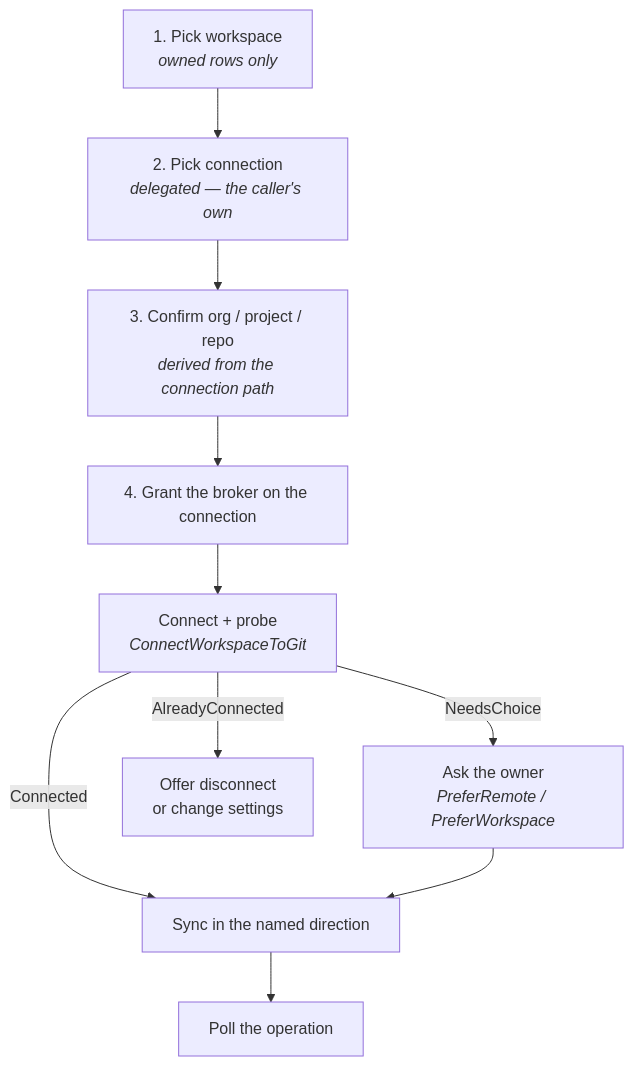
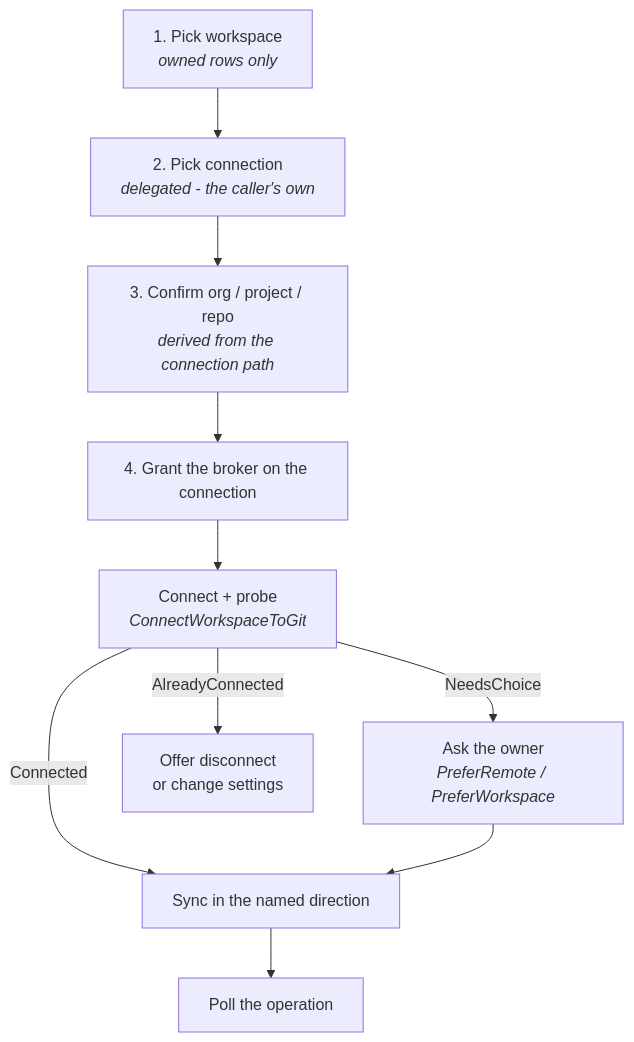
Before and after one commit to velniaszs/Fabric_Workspace_Settings: the fourth of 5 diagrams in workspace-settings/ARCHITECTURE.md, drawn with Mermaid. The commit also changed other lines of this file and 1 other file, not shown here.

````diff
--- a/workspace-settings/ARCHITECTURE.md
+++ b/workspace-settings/ARCHITECTURE.md
@@ -266,12 +266,12 @@
 ```mermaid
 flowchart TB
-    A["1. Pick workspace<br/><i>owned rows only</i>"] --> B["2. Pick connection<br/><i>delegated — the caller's own</i>"]
+    A["1. Pick workspace<br/><i>owned rows only</i>"] --> B["2. Pick connection<br/><i>delegated - the caller's own</i>"]
     B --> C["3. Confirm org / project / repo<br/><i>derived from the connection path</i>"]
     C --> D["4. Grant the broker on the connection"]
     D --> E["Connect + probe<br/><i>ConnectWorkspaceToGit</i>"]
     E -->|Connected| G["Sync in the named direction"]
     E -->|NeedsChoice| F["Ask the owner<br/><i>PreferRemote / PreferWorkspace</i>"]
     F --> G
     E -->|AlreadyConnected| H["Offer disconnect<br/>or change settings"]
     G --> I["Poll the operation"]
 ```
````
